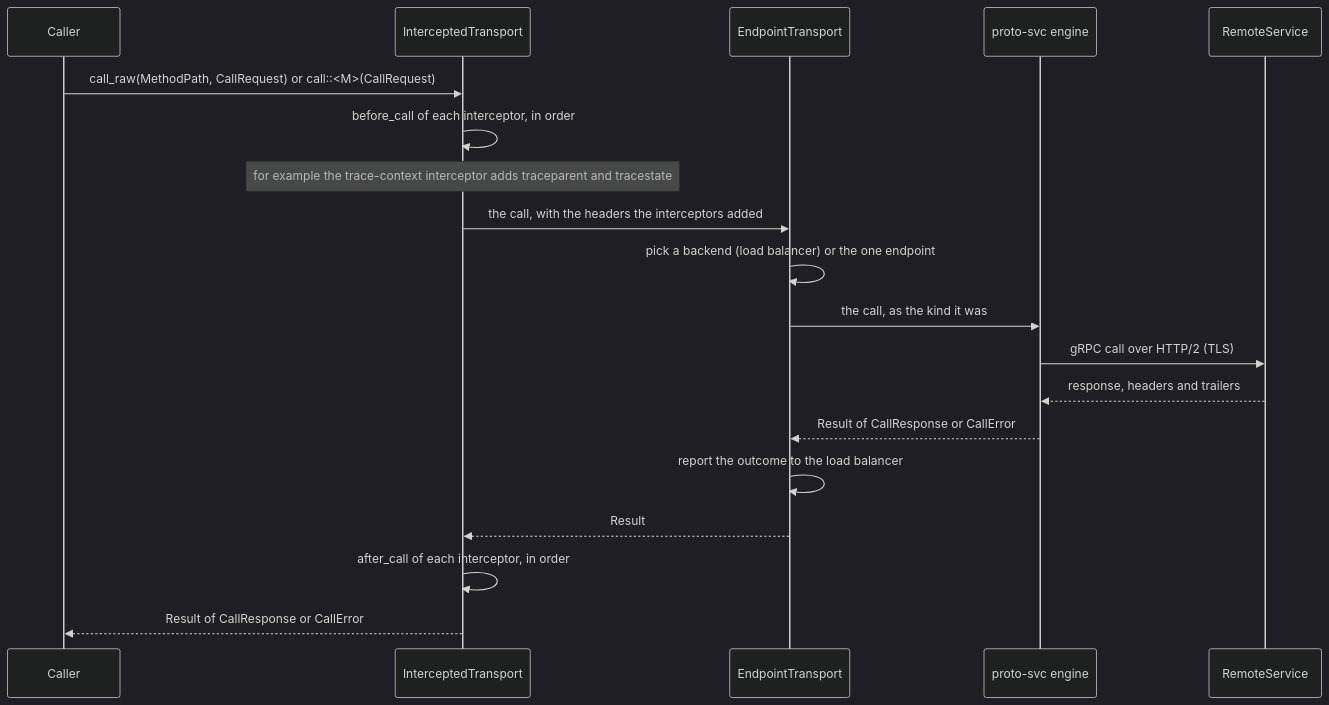
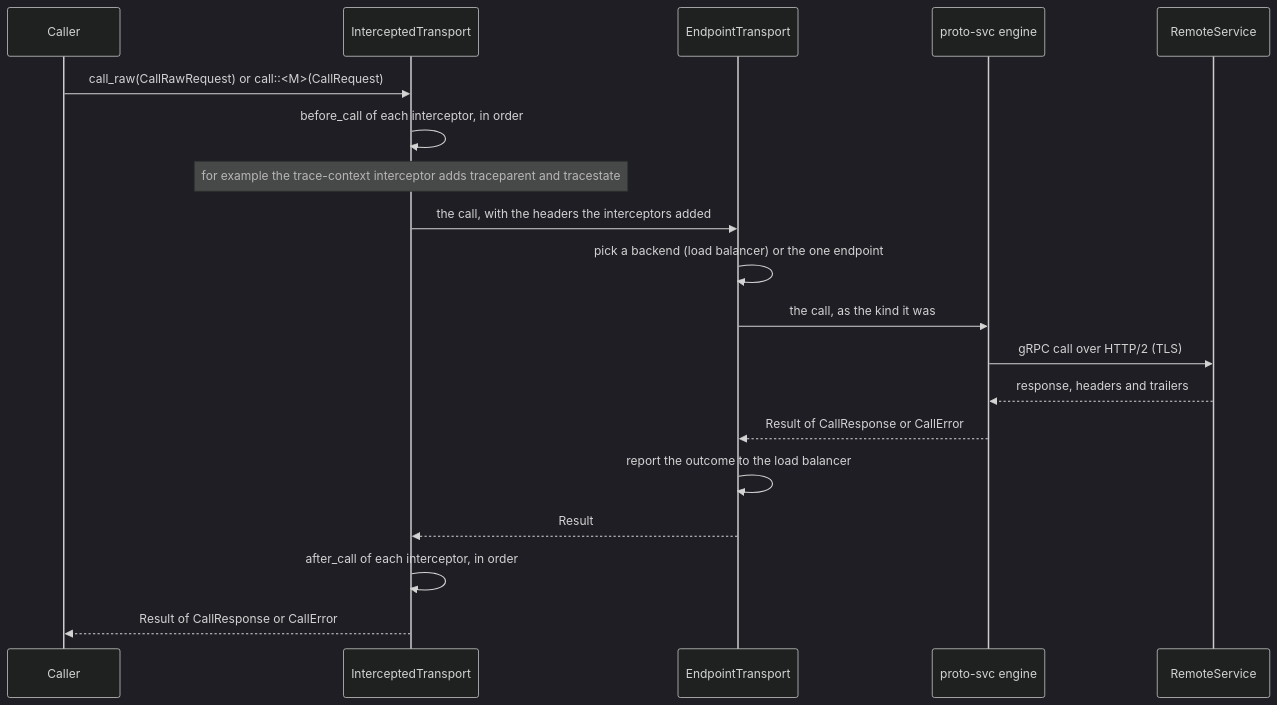
One commit to sweengineeringlabs/edge-transport-grpc-egress changed the first of 2 diagrams in scm/docs/architecture.md. Above: the diagram before and after it, drawn with Mermaid (dark theme). The commit also changed 73 other files, not shown here.

````diff
--- a/scm/docs/architecture.md
+++ b/scm/docs/architecture.md
@@ -9,22 +9,22 @@
 ```mermaid
 sequenceDiagram
     participant Caller
     participant Client as InterceptedTransport
     participant Endpoint as EndpointTransport
     participant Engine as proto-svc engine
     participant RemoteService
 
-    Caller->>Client: call_raw(MethodPath, CallRequest) or call::<M>(CallRequest)
+    Caller->>Client: call_raw(CallRawRequest) or call::<M>(CallRequest)
     Client->>Client: before_call of each interceptor, in order
     Note over Client: for example the trace-context interceptor adds traceparent and tracestate
     Client->>Endpoint: the call, with the headers the interceptors added
     Endpoint->>Endpoint: pick a backend (load balancer) or the one endpoint
     Endpoint->>Engine: the call, as the kind it was
     Engine->>RemoteService: gRPC call over HTTP/2 (TLS)
     RemoteService-->>Engine: response, headers and trailers
     Engine-->>Endpoint: Result of CallResponse or CallError
     Endpoint->>Endpoint: report the outcome to the load balancer
     Endpoint-->>Client: Result
     Client->>Client: after_call of each interceptor, in order
     Client-->>Caller: Result of CallResponse or CallError
 ```
````
